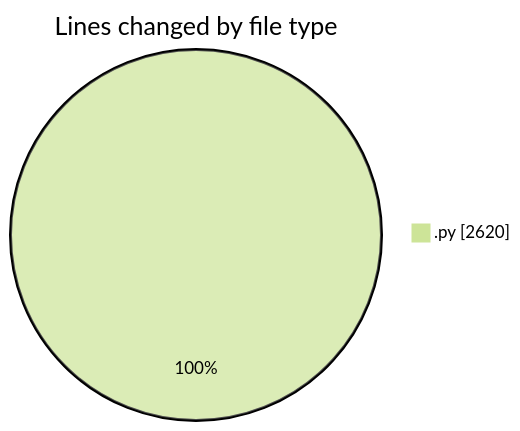
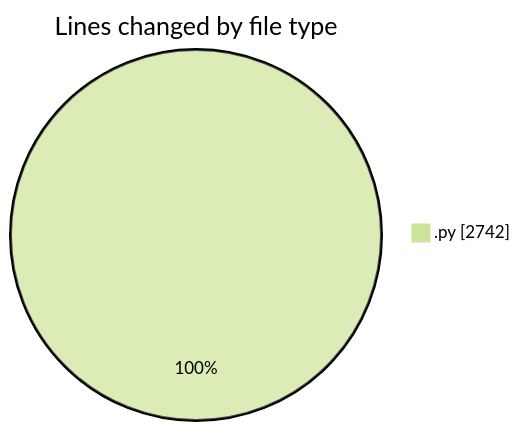
Before and after one commit to julien-gomy/code-tracking: the first of 2 diagrams in 2025-10-15/eventscop-api-guide__workspace_/README.md, drawn with Mermaid (forest theme). The commit also changed other lines of this file and 1 other file, not shown here.

````diff
--- a/2025-10-15/eventscop-api-guide__workspace_/README.md
+++ b/2025-10-15/eventscop-api-guide__workspace_/README.md
@@ -24,5 +24,5 @@
 ```mermaid
 pie showData
 title Lines changed by file type
-".py" : 2620
+".py" : 2742
 ```
````
